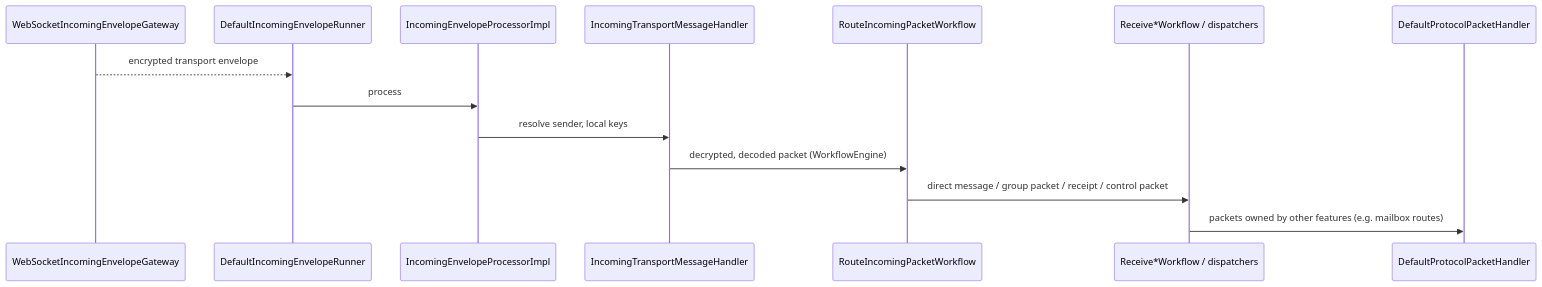
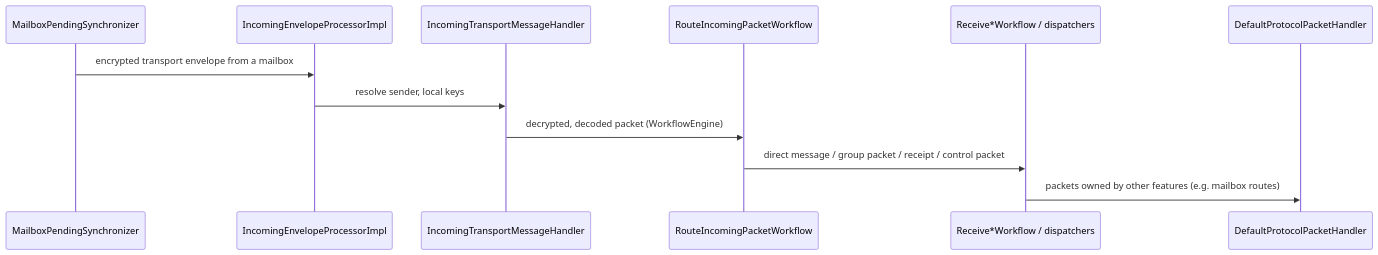
The second of 2 diagrams in docs/architecture/messaging-boundary.md (cbgm/Sparrow), drawn with Mermaid before and after one commit. The commit also changed other lines of this file and 231 other files, not shown here.

Commit message:
Remove the WebSocket session, the push service and envelope federation

````diff
--- a/docs/architecture/messaging-boundary.md
+++ b/docs/architecture/messaging-boundary.md
@@ -47,17 +47,15 @@
 ```mermaid
 sequenceDiagram
-    participant TR as WebSocketIncomingEnvelopeGateway
-    participant RUN as DefaultIncomingEnvelopeRunner
+    participant RUN as MailboxPendingSynchronizer
     participant PROC as IncomingEnvelopeProcessorImpl
     participant H as IncomingTransportMessageHandler
     participant ROUTE as RouteIncomingPacketWorkflow
     participant WF as Receive*Workflow / dispatchers
     participant PH as DefaultProtocolPacketHandler
 
-    TR-->>RUN: encrypted transport envelope
-    RUN->>PROC: process
+    RUN->>PROC: encrypted transport envelope from a mailbox
     PROC->>H: resolve sender, local keys
     H->>ROUTE: decrypted, decoded packet (WorkflowEngine)
     ROUTE->>WF: direct message / group packet / receipt / control packet
     WF->>PH: packets owned by other features (e.g. mailbox routes)
 ```
````
